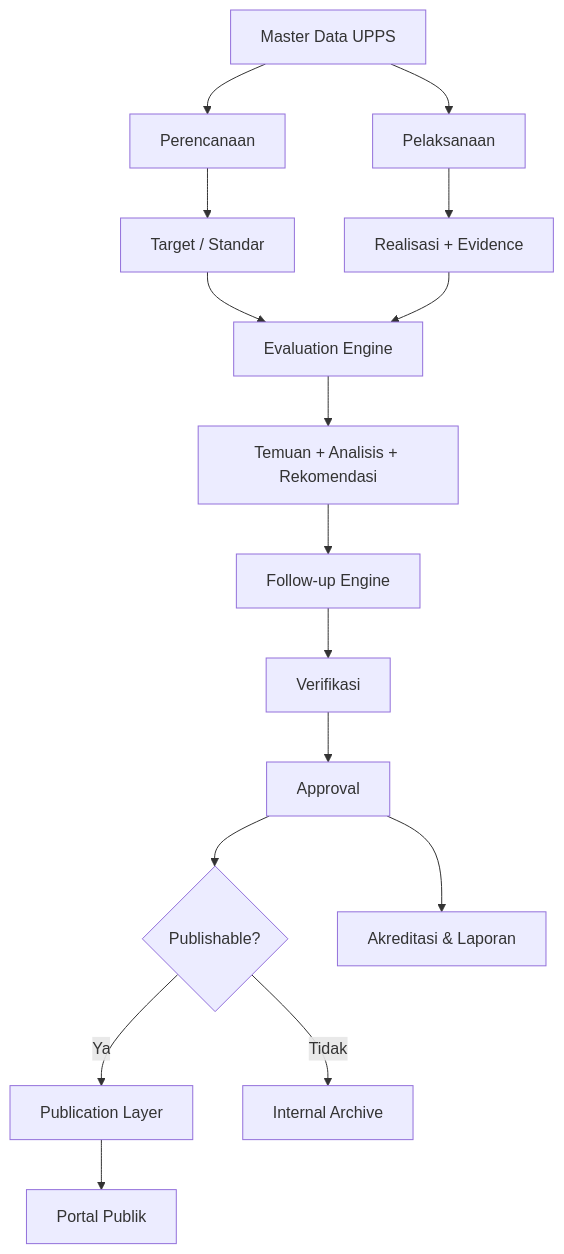
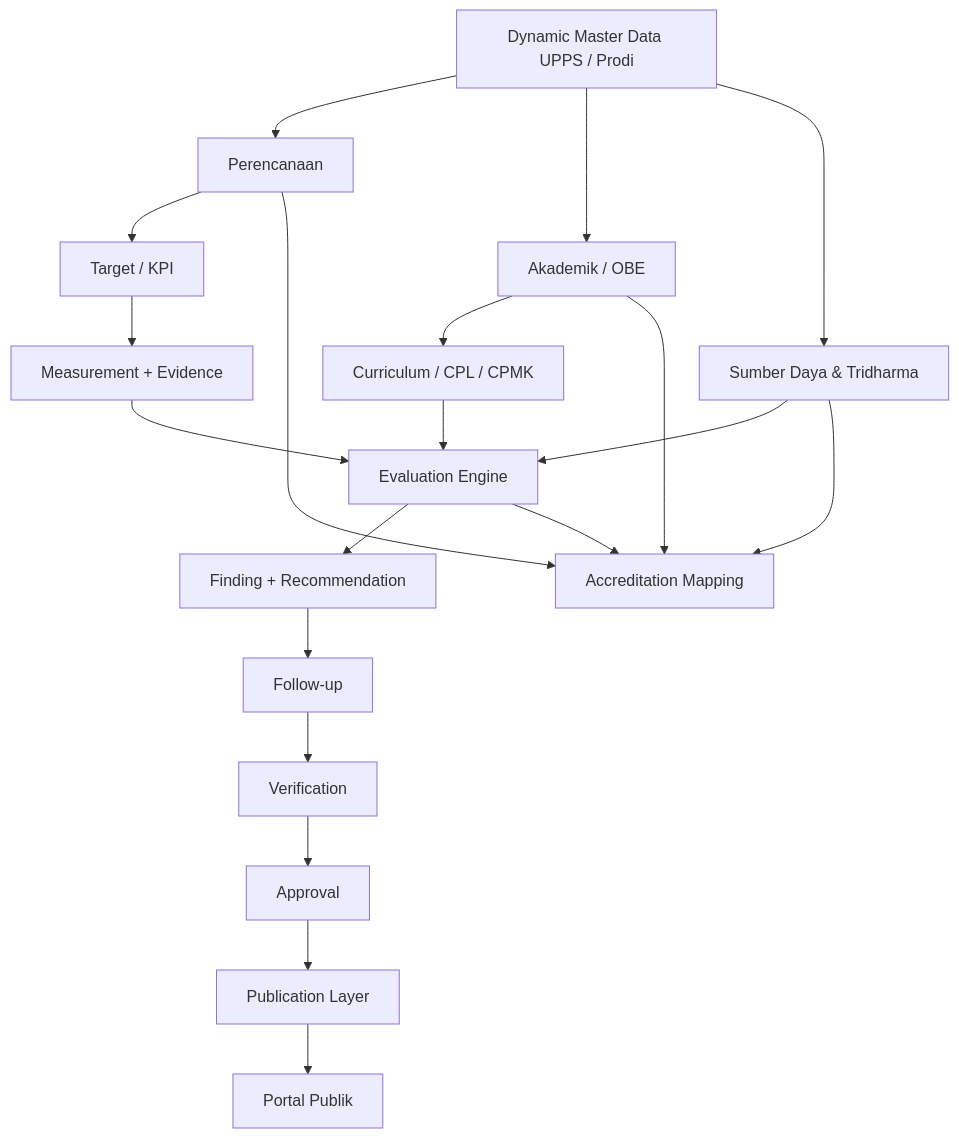
Before and after one commit to yanto-mashardi/publikasi-dan-system-evaluasi-jurusan: the diagram in README.md, drawn with Mermaid. The commit also changed other lines of this file, not shown here.

Commit message:
Update README for dynamic scope and Phase 5 implementation

````diff
--- a/README.md
+++ b/README.md
@@ -13,18 +13,22 @@
 ```mermaid
 flowchart TD
-    A[Master Data UPPS] --> B[Perencanaan]
-    A --> C[Pelaksanaan]
-    B --> D[Target / Standar]
-    C --> E[Realisasi + Evidence]
-    D --> F[Evaluation Engine]
-    E --> F
-    F --> G[Temuan + Analisis + Rekomendasi]
-    G --> H[Follow-up Engine]
-    H --> I[Verifikasi]
-    I --> J[Approval]
-    J --> K{Publishable?}
-    K -- Ya --> L[Publication Layer]
-    K -- Tidak --> M[Internal Archive]
-    L --> N[Portal Publik]
-    J --> O[Akreditasi & Laporan]
+    A[Dynamic Master Data UPPS / Prodi] --> B[Perencanaan]
+    A --> C[Akademik / OBE]
+    A --> D[Sumber Daya & Tridharma]
+    B --> E[Target / KPI]
+    C --> F[Curriculum / CPL / CPMK]
+    E --> G[Measurement + Evidence]
+    F --> H[Evaluation Engine]
+    G --> H
+    D --> H
+    H --> I[Finding + Recommendation]
+    I --> J[Follow-up]
+    J --> K[Verification]
+    K --> L[Approval]
+    L --> M[Publication Layer]
+    M --> N[Portal Publik]
+    B --> O[Accreditation Mapping]
+    C --> O
+    D --> O
+    H --> O
 ```
````
